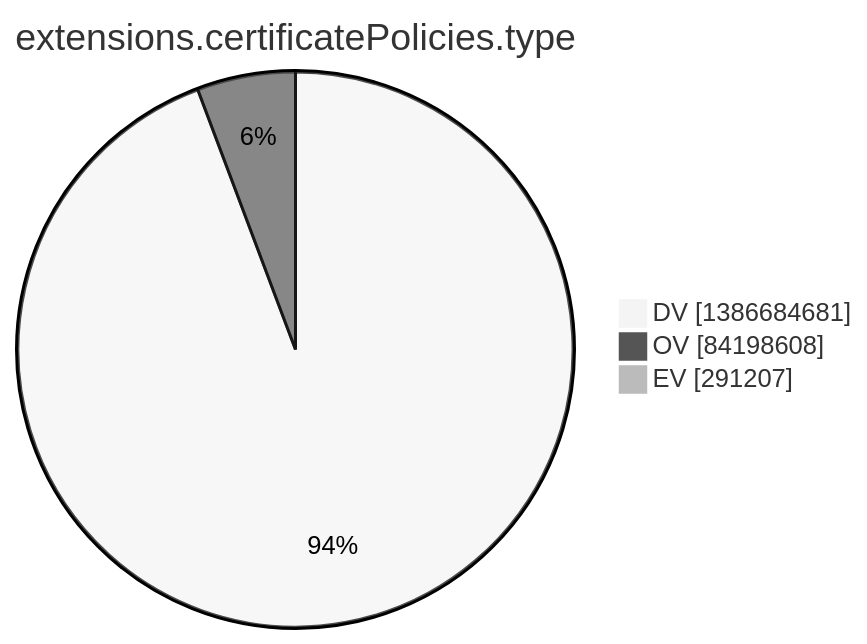
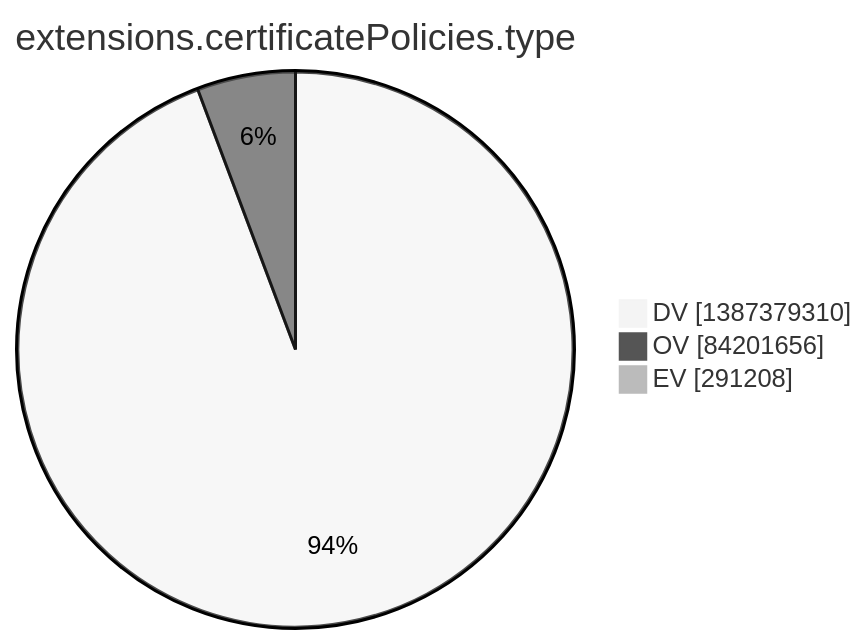
The tenth of 15 diagrams in argon2022/README.md (christiankrug/ctmonitor_visualization), drawn with Mermaid (neutral theme) before and after one commit. The commit also changed other lines of this file, not shown here.

````diff
--- a/argon2022/README.md
+++ b/argon2022/README.md
@@ -2773,7 +2773,7 @@
 ```mermaid
 pie showData
 title extensions.certificatePolicies.type
-"DV" :1386684681
-"OV" :84198608
-"EV" :291207
+"DV" :1387379310
+"OV" :84201656
+"EV" :291208
 ```
````
